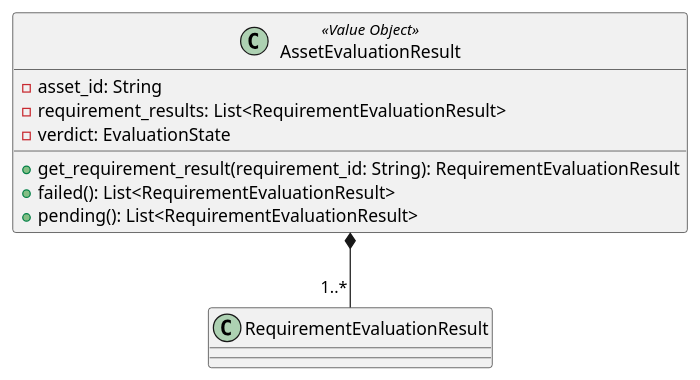
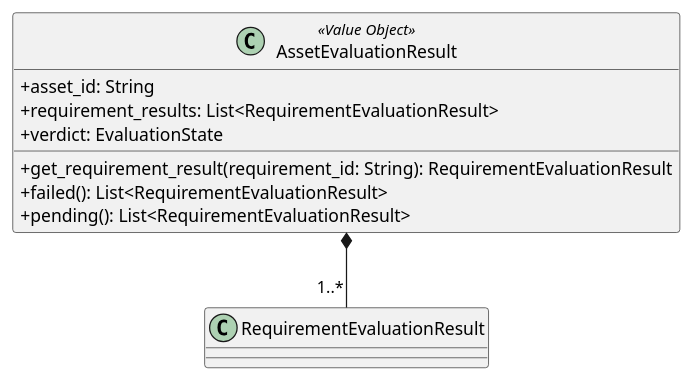
One commit to GroupRubberDuck/Documentazione changed the diagram in src/PB/DocumentazioneEsterna/Specifica_Tecnica/content/05-diagrammi-classi/uml/puml/Backend/Domain/AssetEvaluationResult.puml. Above: the diagram before and after it, drawn with PlantUML. The commit also changed 162 other files, not shown here.

```diff
--- a/src/PB/DocumentazioneEsterna/Specifica_Tecnica/content/05-diagrammi-classi/uml/puml/Backend/Domain/AssetEvaluationResult.puml
+++ b/src/PB/DocumentazioneEsterna/Specifica_Tecnica/content/05-diagrammi-classi/uml/puml/Backend/Domain/AssetEvaluationResult.puml
@@ -1,15 +1,16 @@
 @startuml AssetEvaluationResult
+skinparam ClassAttributeIconSize 0
 
 class AssetEvaluationResult <<Value Object>> {
-    - asset_id: String
-    - requirement_results: List<RequirementEvaluationResult>
-    - verdict: EvaluationState
+    + asset_id: String
+    + requirement_results: List<RequirementEvaluationResult>
+    + verdict: EvaluationState
 
     + get_requirement_result(requirement_id: String): RequirementEvaluationResult
     + failed(): List<RequirementEvaluationResult>
     + pending(): List<RequirementEvaluationResult>
 }
 
 AssetEvaluationResult *-- "1..*" RequirementEvaluationResult
 
 @enduml
```
